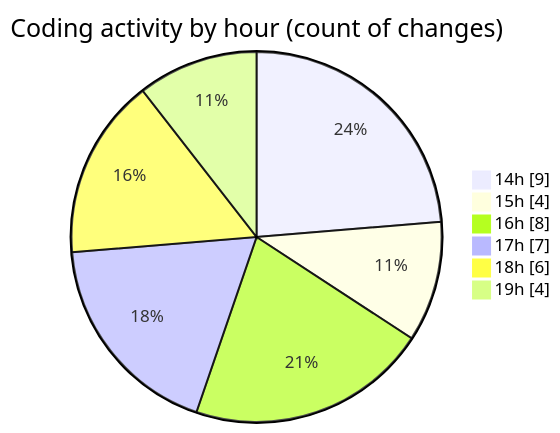
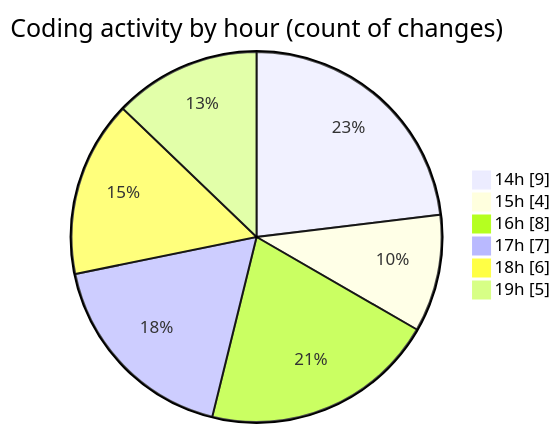
Before and after one commit to JenPaints/code-tracking: the second of 2 diagrams in 2025-05-28/kimberly-groups/README.md, drawn with Mermaid. The commit also changed other lines of this file and 1 other file, not shown here.

````diff
--- a/2025-05-28/kimberly-groups/README.md
+++ b/2025-05-28/kimberly-groups/README.md
@@ -38,10 +39,10 @@
 ```mermaid
 pie showData
 title Coding activity by hour (count of changes)
 "14h" : 9
 "15h" : 4
 "16h" : 8
 "17h" : 7
 "18h" : 6
-"19h" : 4
+"19h" : 5
 ```
````
